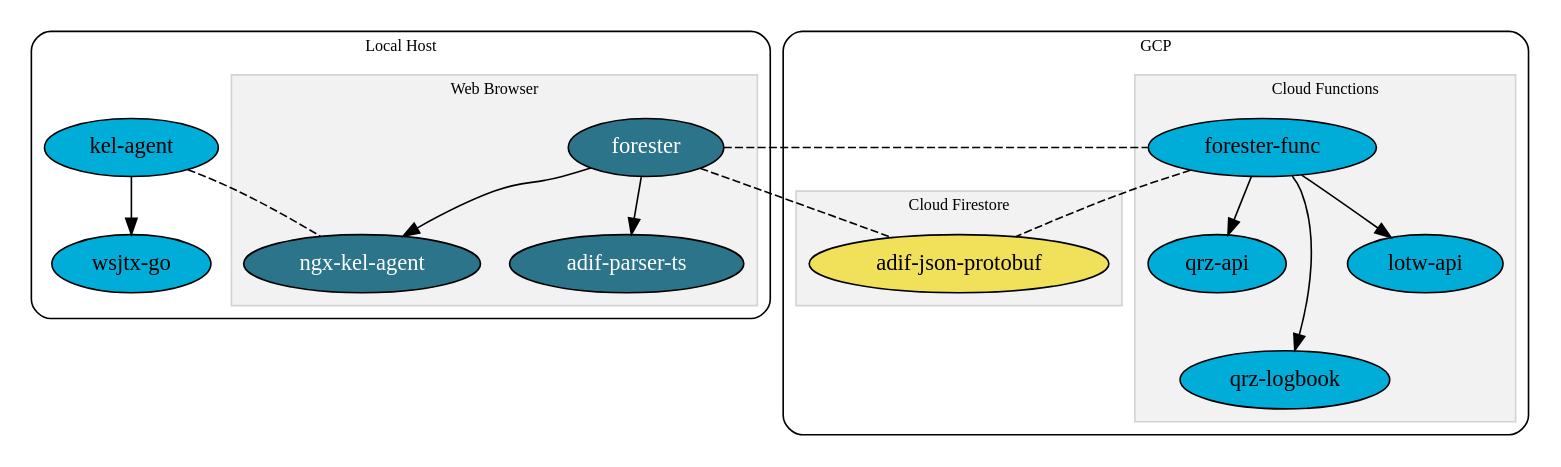
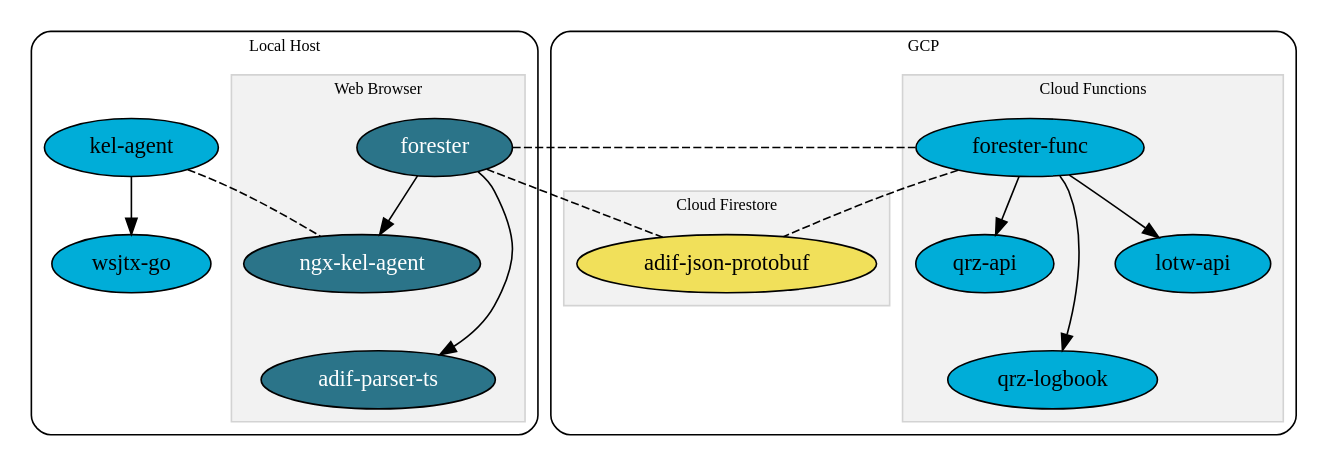
Before and after one commit to k0swe/docs: the diagram in architecture.dot, drawn with Graphviz. The commit also changed 1 other file, not shown here.

Commit message:
Graph layout

```diff
--- a/architecture.dot
+++ b/architecture.dot
@@ -1,70 +1,76 @@
 digraph {
     graph [truecolor = true bgcolor = "#ffffff00"]
     newrank = true;
 
     subgraph clusterComputer {
         graph [truecolor = true bgcolor = "gray100"]
         label = "Local Host";
         style = rounded;
         fontsize = 10;
 
         subgraph clusterBrowser {
             label = "Web Browser";
             fontsize = 10;
             color = lightgrey;
             style=filled;
             fillcolor = "grey95";
 
             forester [URL="https://github.com/k0swe/forester"; style=filled; fillcolor="#2b7489"; fontcolor=white]
             ngxkelagent [label = "ngx-kel-agent"; URL="https://github.com/k0swe/ngx-kel-agent"; style=filled; fillcolor="#2b7489"; fontcolor=white]
             adifparserts [label = "adif-parser-ts"; URL="https://github.com/k0swe/adif-parser-ts"; style=filled; fillcolor="#2b7489"; fontcolor=white]
             forester -> adifparserts
             forester -> ngxkelagent
+
+            // not a real dependency, layout purposes only
+            ngxkelagent -> adifparserts [style=invis]
+            {rank=sink; adifparserts}
         };
         agent [label = "kel-agent"; URL="https://github.com/k0swe/kel-agent"; style=filled; fillcolor="#00ADD8"]
         wsjtxgo [label = "wsjtx-go"; URL="https://github.com/k0swe/wsjtx-go"; style=filled; fillcolor="#00ADD8"]
         agent -> wsjtxgo
     }
 
     subgraph clusterGCP {
         graph [truecolor = true bgcolor = "gray100"]
         label = "GCP";
         style = rounded;
         fontsize = 10;
 
         subgraph clusterGCF {
             label = "Cloud Functions";
             fontsize = 10;
             color = lightgrey;
             style=filled;
             fillcolor = "grey95";
 
             func [label = "forester-func"; URL="https://github.com/k0swe/forester-func"; style=filled; fillcolor="#00ADD8"]
             qrzapi [label = "qrz-api"; URL="https://github.com/k0swe/qrz-api"; style=filled; fillcolor="#00ADD8"]
             qrzlogbook [label = "qrz-logbook"; URL="https://github.com/k0swe/qrz-logbook"; style=filled; fillcolor="#00ADD8"]
             lotwapi [label = "lotw-api"; URL="https://github.com/k0swe/lotw-api"; style=filled; fillcolor="#00ADD8"]
             func -> qrzapi
             func -> qrzlogbook
+            func -> lotwapi
+
+            // not a real dependency, layout purposes only
             qrzapi -> qrzlogbook [style=invis]
-            func -> lotwapi
             {rank=sink; qrzlogbook}
         };
 
         subgraph clusterFirebase {
             label = "Cloud Firestore";
             fontsize = 10;
             color = lightgrey;
             style=filled;
             fillcolor = "grey95";
             adifjson [label = "adif-json-protobuf"; URL="https://github.com/k0swe/adif-json-protobuf"; style=filled; fillcolor="#f1e05a"]
         };
     };
 
     edge [style = dashed; dir = none;]
     {rank=source; forester agent func}
 
     agent -> ngxkelagent;
     forester -> adifjson;
     forester -> func;
     func -> adifjson;
 }
```
